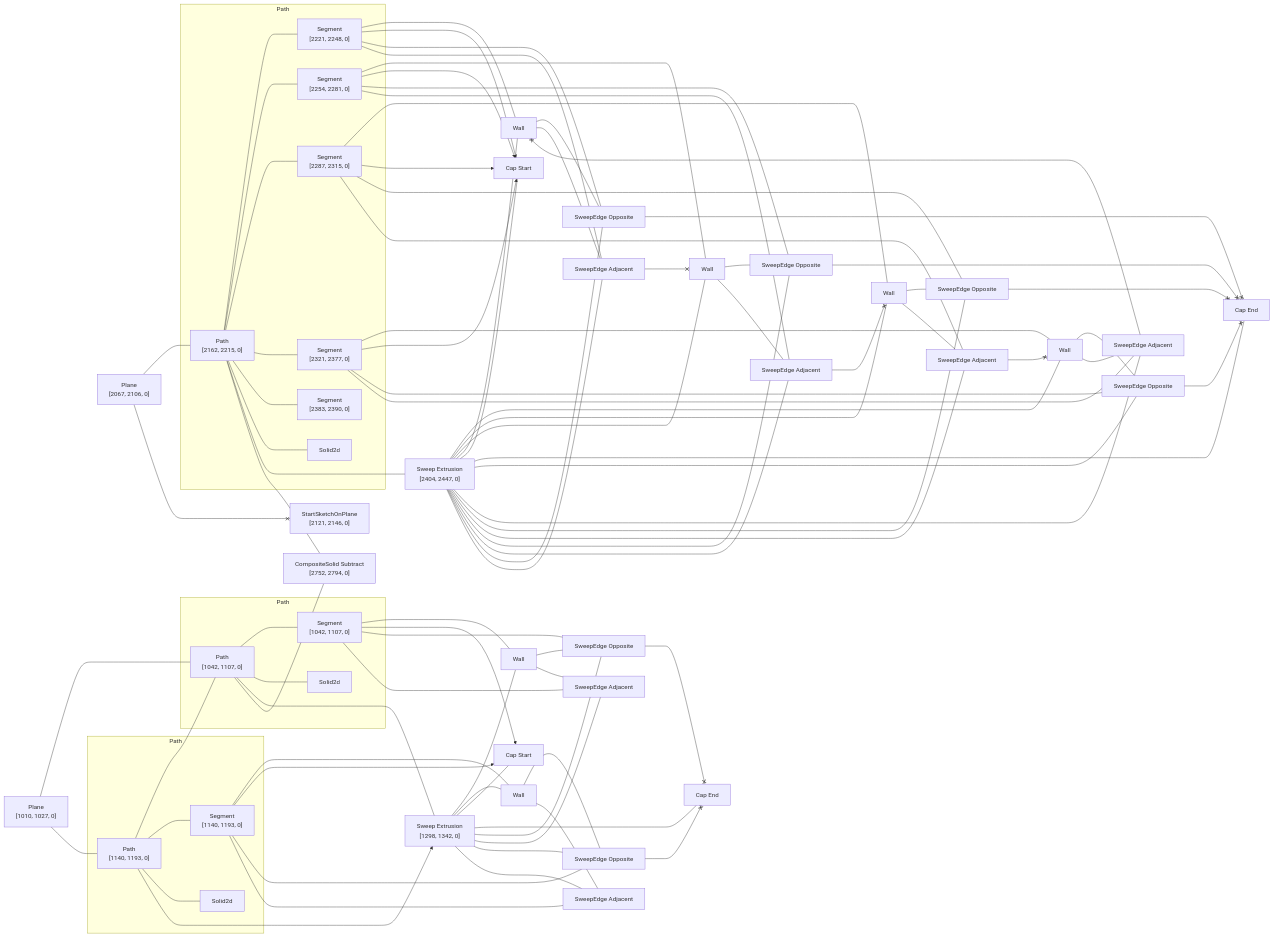
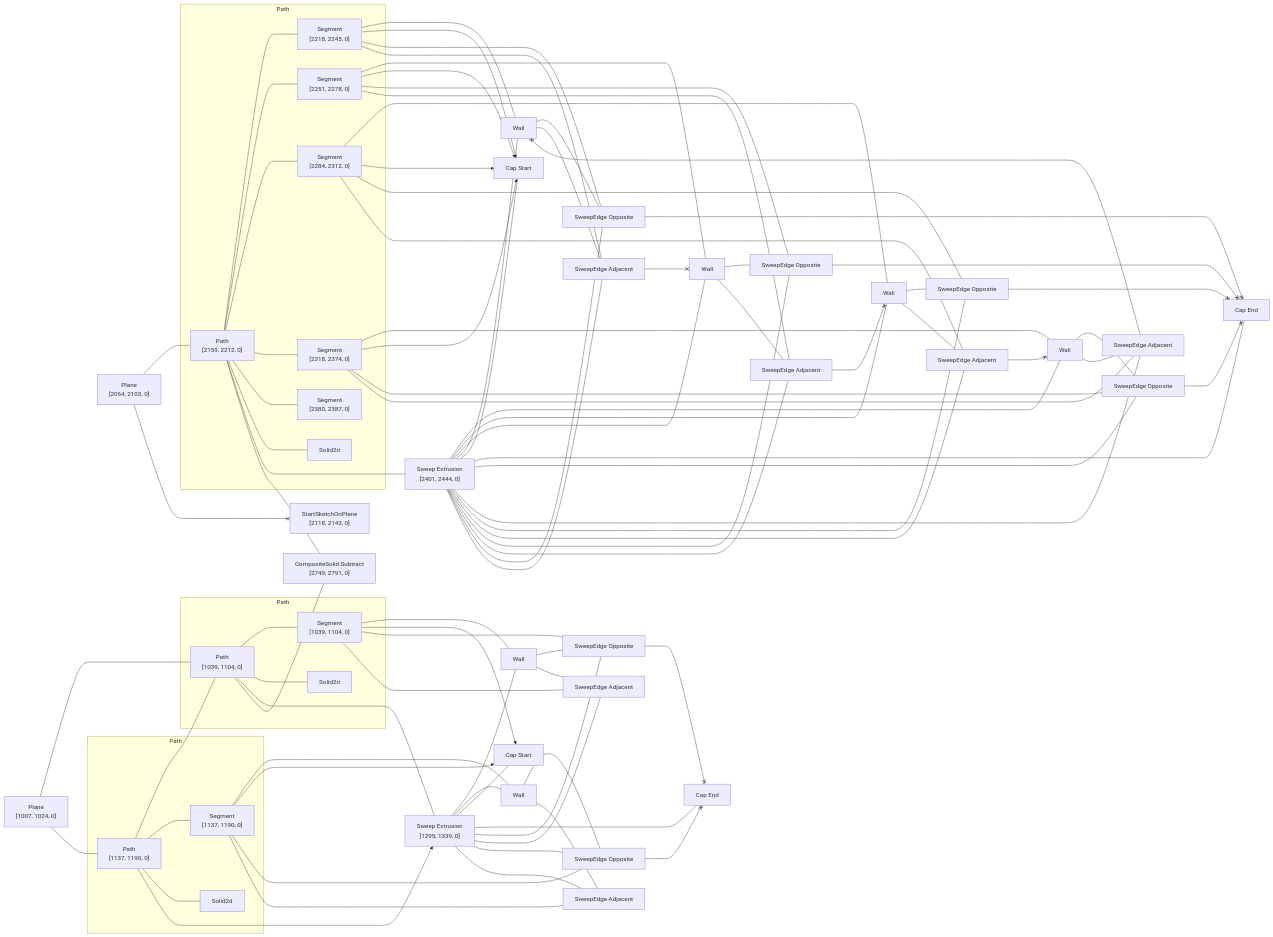
The diagram in rust/kcl-lib/tests/kcl_samples/c-shape-solid/artifact_graph_flowchart.snap.md (KittyCAD/modeling-app), drawn with Mermaid before and after one commit. The commit also changed 39 other files, not shown here.

````diff
--- a/rust/kcl-lib/tests/kcl_samples/c-shape-solid/artifact_graph_flowchart.snap.md
+++ b/rust/kcl-lib/tests/kcl_samples/c-shape-solid/artifact_graph_flowchart.snap.md
@@ -1,37 +1,37 @@
 ```mermaid
 flowchart LR
   subgraph path2 [Path]
-    2["Path<br>[1042, 1107, 0]"]
+    2["Path<br>[1039, 1104, 0]"]
       %% [ProgramBodyItem { index: 5 }, VariableDeclarationDeclaration, VariableDeclarationInit, PipeBodyItem { index: 0 }]
-    3["Segment<br>[1042, 1107, 0]"]
+    3["Segment<br>[1039, 1104, 0]"]
       %% [ProgramBodyItem { index: 5 }, VariableDeclarationDeclaration, VariableDeclarationInit, PipeBodyItem { index: 0 }]
     4[Solid2d]
   end
   subgraph path5 [Path]
-    5["Path<br>[1140, 1193, 0]"]
+    5["Path<br>[1137, 1190, 0]"]
       %% [ProgramBodyItem { index: 5 }, VariableDeclarationDeclaration, VariableDeclarationInit, PipeBodyItem { index: 1 }, CallKwArg { index: 0 }, ArrayElement { index: 0 }]
-    6["Segment<br>[1140, 1193, 0]"]
+    6["Segment<br>[1137, 1190, 0]"]
       %% [ProgramBodyItem { index: 5 }, VariableDeclarationDeclaration, VariableDeclarationInit, PipeBodyItem { index: 1 }, CallKwArg { index: 0 }, ArrayElement { index: 0 }]
     7[Solid2d]
   end
   subgraph path18 [Path]
-    18["Path<br>[2162, 2215, 0]"]
+    18["Path<br>[2159, 2212, 0]"]
       %% [ProgramBodyItem { index: 13 }, VariableDeclarationDeclaration, VariableDeclarationInit, PipeBodyItem { index: 0 }]
-    19["Segment<br>[2221, 2248, 0]"]
+    19["Segment<br>[2218, 2245, 0]"]
       %% [ProgramBodyItem { index: 13 }, VariableDeclarationDeclaration, VariableDeclarationInit, PipeBodyItem { index: 1 }]
-    20["Segment<br>[2254, 2281, 0]"]
+    20["Segment<br>[2251, 2278, 0]"]
       %% [ProgramBodyItem { index: 13 }, VariableDeclarationDeclaration, VariableDeclarationInit, PipeBodyItem { index: 2 }]
-    21["Segment<br>[2287, 2315, 0]"]
+    21["Segment<br>[2284, 2312, 0]"]
       %% [ProgramBodyItem { index: 13 }, VariableDeclarationDeclaration, VariableDeclarationInit, PipeBodyItem { index: 3 }]
-    22["Segment<br>[2321, 2377, 0]"]
+    22["Segment<br>[2318, 2374, 0]"]
       %% [ProgramBodyItem { index: 13 }, VariableDeclarationDeclaration, VariableDeclarationInit, PipeBodyItem { index: 4 }]
-    23["Segment<br>[2383, 2390, 0]"]
+    23["Segment<br>[2380, 2387, 0]"]
       %% [ProgramBodyItem { index: 13 }, VariableDeclarationDeclaration, VariableDeclarationInit, PipeBodyItem { index: 5 }]
     24[Solid2d]
   end
-  1["Plane<br>[1010, 1027, 0]"]
+  1["Plane<br>[1007, 1024, 0]"]
     %% [ProgramBodyItem { index: 4 }, VariableDeclarationDeclaration, VariableDeclarationInit]
-  8["Sweep Extrusion<br>[1298, 1342, 0]"]
+  8["Sweep Extrusion<br>[1295, 1339, 0]"]
     %% [ProgramBodyItem { index: 6 }, VariableDeclarationDeclaration, VariableDeclarationInit]
   9[Wall]
     %% face_code_ref=Missing NodePath
@@ -45,9 +45,9 @@
   14["SweepEdge Adjacent"]
   15["SweepEdge Opposite"]
   16["SweepEdge Adjacent"]
-  17["Plane<br>[2067, 2106, 0]"]
+  17["Plane<br>[2064, 2103, 0]"]
     %% [ProgramBodyItem { index: 11 }, VariableDeclarationDeclaration, VariableDeclarationInit]
-  25["Sweep Extrusion<br>[2404, 2447, 0]"]
+  25["Sweep Extrusion<br>[2401, 2444, 0]"]
     %% [ProgramBodyItem { index: 14 }, VariableDeclarationDeclaration, VariableDeclarationInit]
   26[Wall]
     %% face_code_ref=Missing NodePath
@@ -69,9 +69,9 @@
   37["SweepEdge Adjacent"]
   38["SweepEdge Opposite"]
   39["SweepEdge Adjacent"]
-  40["CompositeSolid Subtract<br>[2752, 2794, 0]"]
+  40["CompositeSolid Subtract<br>[2749, 2791, 0]"]
     %% [ProgramBodyItem { index: 15 }, VariableDeclarationDeclaration, VariableDeclarationInit]
-  41["StartSketchOnPlane<br>[2121, 2146, 0]"]
+  41["StartSketchOnPlane<br>[2118, 2143, 0]"]
     %% [ProgramBodyItem { index: 12 }, VariableDeclarationDeclaration, VariableDeclarationInit]
   1 --- 2
   1 --- 5
````
